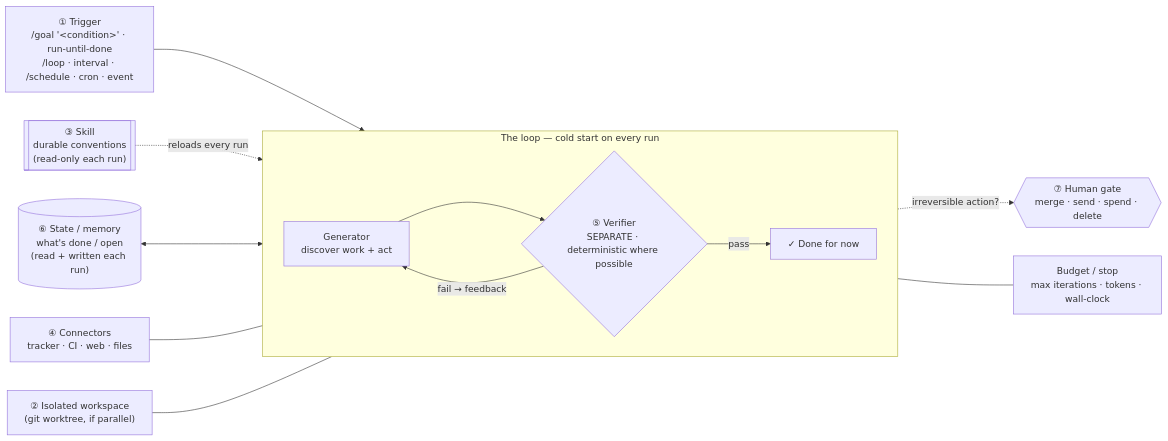
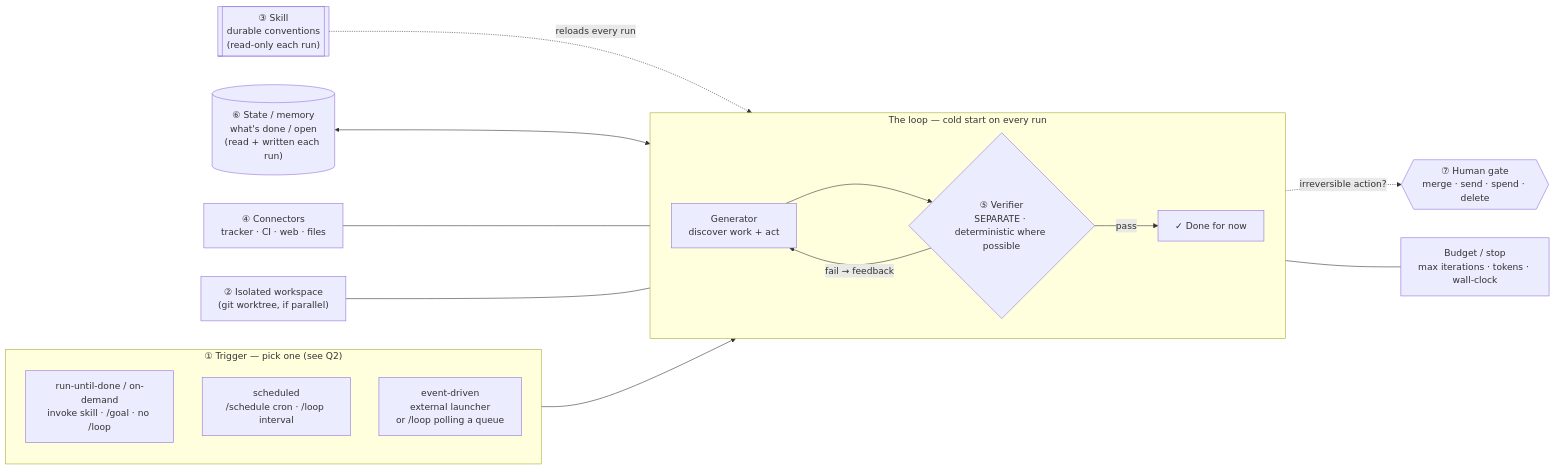
The second of 3 diagrams in README.md (AaronLPS/loop-builder), drawn with Mermaid before and after one commit.

Commit message:
README: show the three trigger types in the loop-architecture diagram
The ① Trigger node is now a "pick one" subgraph — run-until-done/on-demand
(invoke · /goal · no /loop), scheduled (/schedule · /loop interval), and
event-driven (external launcher or /loop polling a queue) — so the diagram
matches the trigger→launcher mapping in the text. Patterns section verified
unchanged: all four (ReAct+verifier, evaluator-optimizer, orchestrator-workers,
Ralph) still match their reference files.

````diff
--- a/README.md
+++ b/README.md
@@ -67,19 +67,25 @@
 ```mermaid
 flowchart LR
-    TRG["① Trigger<br/>/goal '&lt;condition&gt;' · run-until-done<br/>/loop · interval · /schedule · cron · event"] --> GEN
+    subgraph TRG["① Trigger — pick one (see Q2)"]
+        direction TB
+        T1["run-until-done / on-demand<br/>invoke skill · /goal · no /loop"]
+        T2["scheduled<br/>/schedule cron · /loop interval"]
+        T3["event-driven<br/>external launcher<br/>or /loop polling a queue"]
+    end
+    TRG --> GEN
 
     subgraph LOOP["The loop — cold start on every run"]
         direction LR
         GEN["Generator<br/>discover work + act"] --> VER{"⑤ Verifier<br/>SEPARATE · deterministic where possible"}
         VER -- "fail → feedback" --> GEN
         VER -- "pass" --> DONE["✓ Done for now"]
     end
 
     SKILL[["③ Skill<br/>durable conventions<br/>(read-only each run)"]] -. "reloads every run" .-> GEN
     STATE[("⑥ State / memory<br/>what's done / open<br/>(read + written each run)")] <--> GEN
     CONN["④ Connectors<br/>tracker · CI · web · files"] --- GEN
     WT["② Isolated workspace<br/>(git worktree, if parallel)"] --- GEN
 
     GEN -. "irreversible action?" .-> GATE{{"⑦ Human gate<br/>merge · send · spend · delete"}}
     LOOP --- BUD["Budget / stop<br/>max iterations · tokens · wall-clock"]
 ```
````
